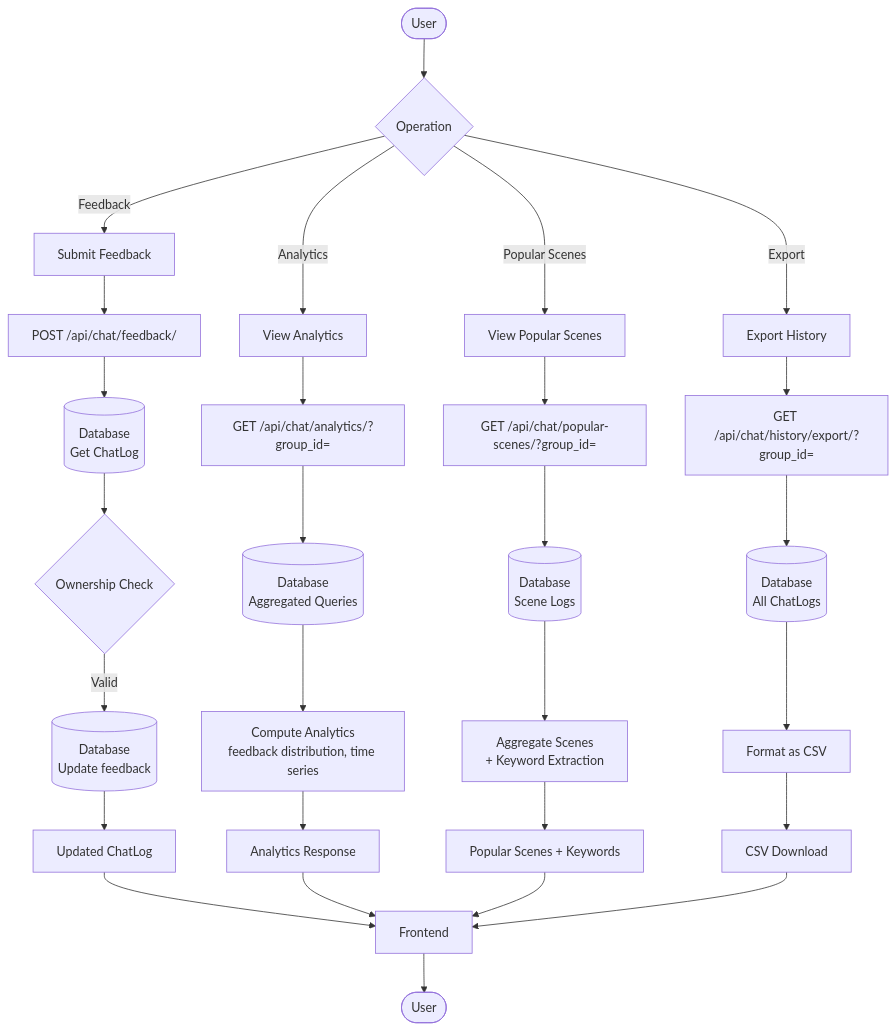
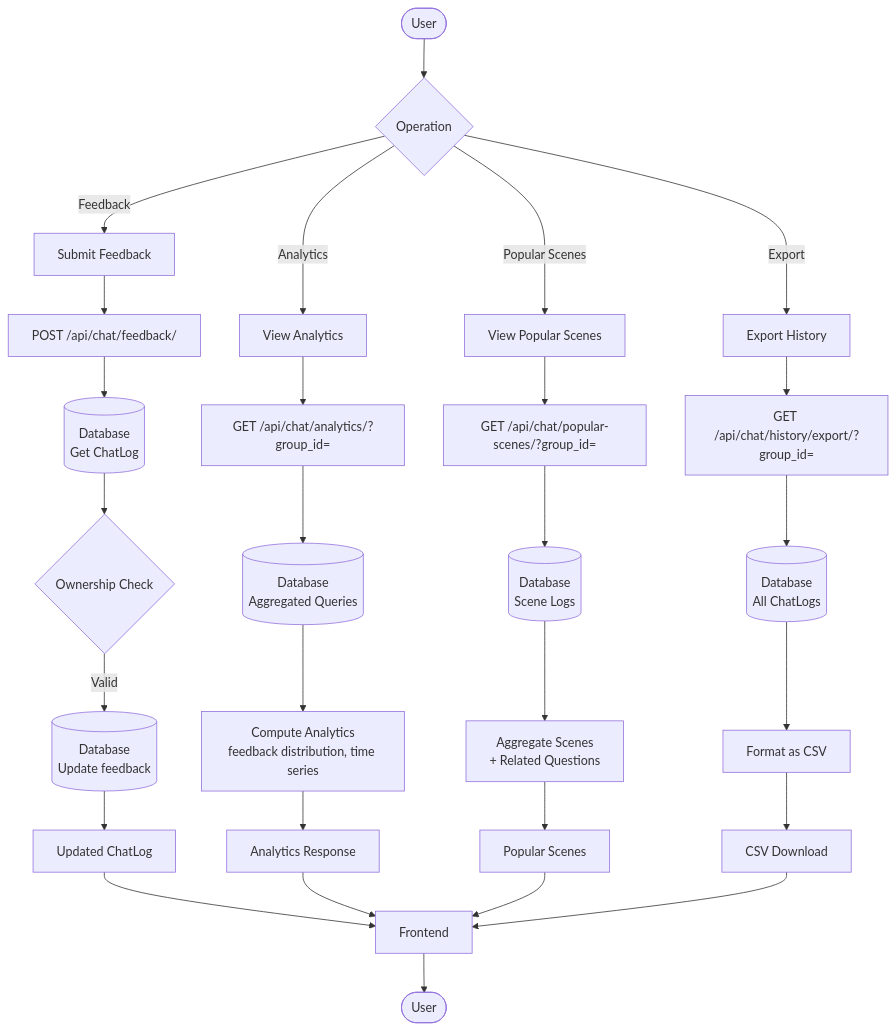
One commit to yukiharada1228/videoq changed the ninth of 9 diagrams in docs/database/data-flow-diagram.md. Above: the diagram before and after it, drawn with Mermaid. The commit also changed other lines of this file and 9 other files, not shown here.

Commit message:
docs: sync diagrams with current implementation

````diff
--- a/docs/database/data-flow-diagram.md
+++ b/docs/database/data-flow-diagram.md
@@ -317,36 +317,36 @@
 ```mermaid
 flowchart TD
     Start([User]) --> Action{Operation}
 
     Action -->|Feedback| Feedback[Submit Feedback]
     Action -->|Analytics| Analytics[View Analytics]
     Action -->|Popular Scenes| Scenes[View Popular Scenes]
     Action -->|Export| Export[Export History]
 
     Feedback --> API1[POST /api/chat/feedback/]
     API1 --> GetLog[(Database<br/>Get ChatLog)]
     GetLog --> VerifyAccess{Ownership Check}
     VerifyAccess -->|Valid| UpdateFeedback[(Database<br/>Update feedback)]
     UpdateFeedback --> Response1[Updated ChatLog]
     Response1 --> Frontend
 
     Analytics --> API2[GET /api/chat/analytics/?group_id=<id>]
     API2 --> GetRawData[(Database<br/>Aggregated Queries)]
     GetRawData --> ComputeAnalytics[Compute Analytics<br/>feedback distribution, time series]
     ComputeAnalytics --> Response2[Analytics Response]
     Response2 --> Frontend
 
     Scenes --> API3[GET /api/chat/popular-scenes/?group_id=<id>]
     API3 --> GetSceneLogs[(Database<br/>Scene Logs)]
-    GetSceneLogs --> AggregateScenes[Aggregate Scenes<br/>+ Keyword Extraction]
-    AggregateScenes --> Response3[Popular Scenes + Keywords]
+    GetSceneLogs --> AggregateScenes[Aggregate Scenes<br/>+ Related Questions]
+    AggregateScenes --> Response3[Popular Scenes]
     Response3 --> Frontend
 
     Export --> API4[GET /api/chat/history/export/?group_id=<id>]
     API4 --> GetAllLogs[(Database<br/>All ChatLogs)]
     GetAllLogs --> FormatCSV[Format as CSV]
     FormatCSV --> Response4[CSV Download]
     Response4 --> Frontend
 
     Frontend --> End([User])
 ```
````
